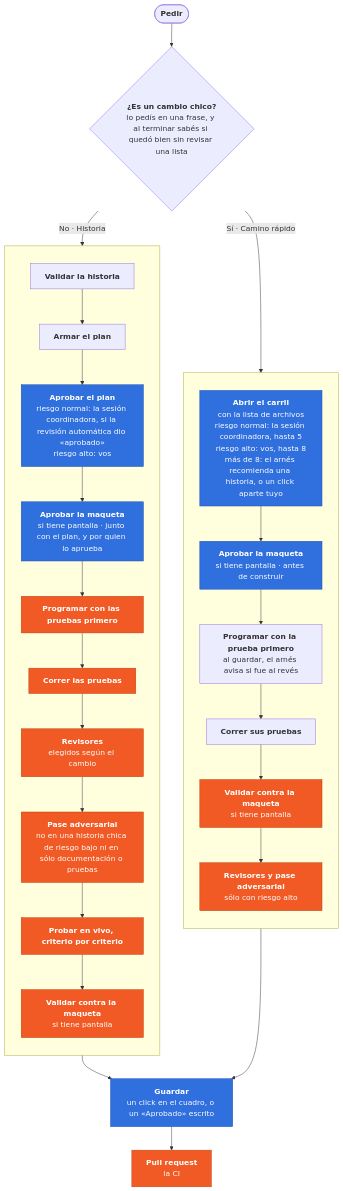
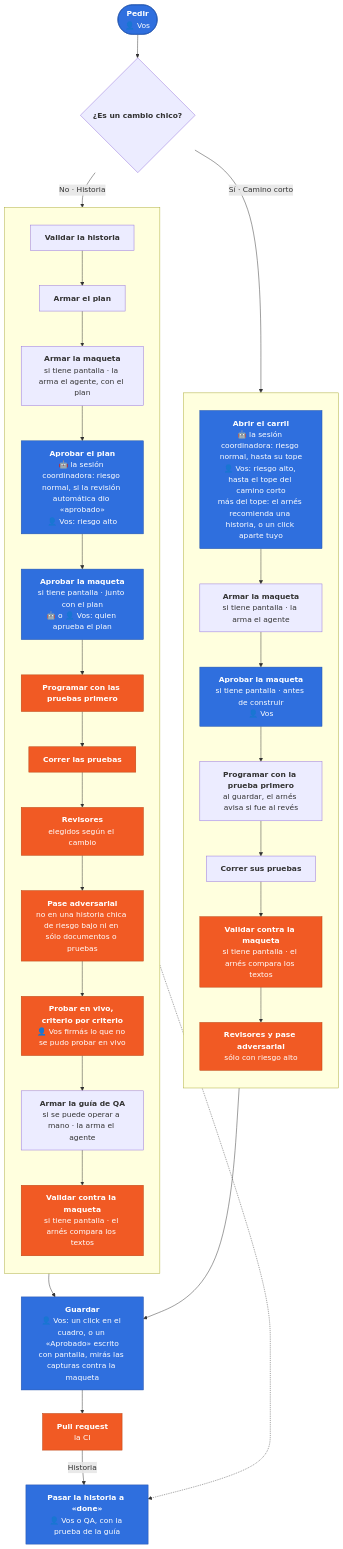
The diagram in README.es.md (TYCON-SA/tycon-harness), drawn with Mermaid before and after one commit. The commit also changed other lines of this file and 1 other file, not shown here.

First line of the commit message:
docs(portada): el diagrama dice quién hace cada paso, y el camino corto se llama así

````diff
--- a/README.es.md
+++ b/README.es.md
@@ -71,33 +67,38 @@
 ```mermaid
 flowchart TB
-  pedir(["<b>Pedir</b>"]) --> chico{"<b>¿Es un cambio chico?</b><br/>lo pedís en una frase, y al terminar sabés si quedó bien sin revisar una lista"}
-  chico -- "Sí · Camino rápido" --> r1
+  pedir(["<b>Pedir</b><br/>👤 Vos"]) --> chico{"<b>¿Es un cambio chico?</b>"}
+  chico -- "Sí · Camino corto" --> r1
   chico -- "No · Historia" --> h1
-  subgraph rapido [" "]
+  subgraph corto [" "]
     direction TB
-    r1["<b>Abrir el carril</b><br/>con la lista de archivos<br/>riesgo normal: la sesión coordinadora, hasta 5<br/>riesgo alto: vos, hasta 8<br/>más de 8: el arnés recomienda una historia, o un click aparte tuyo"] --> r1m["<b>Aprobar la maqueta</b><br/>si tiene pantalla · antes de construir"]
+    r1["<b>Abrir el carril</b><br/>🤖 la sesión coordinadora: riesgo normal, hasta su tope<br/>👤 Vos: riesgo alto, hasta el tope del camino corto<br/>más del tope: el arnés recomienda una historia, o un click aparte tuyo"] --> r0m["<b>Armar la maqueta</b><br/>si tiene pantalla · la arma el agente"]
+    r0m --> r1m["<b>Aprobar la maqueta</b><br/>si tiene pantalla · antes de construir<br/>👤 Vos"]
     r1m --> r2["<b>Programar con la prueba primero</b><br/>al guardar, el arnés avisa si fue al revés"]
     r2 --> r3["<b>Correr sus pruebas</b>"]
-    r3 --> r3c["<b>Validar contra la maqueta</b><br/>si tiene pantalla"]
+    r3 --> r3c["<b>Validar contra la maqueta</b><br/>si tiene pantalla · el arnés compara los textos"]
     r3c --> r4["<b>Revisores y pase adversarial</b><br/>sólo con riesgo alto"]
   end
   subgraph historia [" "]
     direction TB
     h1["<b>Validar la historia</b>"] --> h2["<b>Armar el plan</b>"]
-    h2 --> h3["<b>Aprobar el plan</b><br/>riesgo normal: la sesión coordinadora, si la revisión automática dio «aprobado»<br/>riesgo alto: vos"]
-    h3 --> h3m["<b>Aprobar la maqueta</b><br/>si tiene pantalla · junto con el plan, y por quien lo aprueba"]
+    h2 --> h2m["<b>Armar la maqueta</b><br/>si tiene pantalla · la arma el agente, con el plan"]
+    h2m --> h3["<b>Aprobar el plan</b><br/>🤖 la sesión coordinadora: riesgo normal, si la revisión automática dio «aprobado»<br/>👤 Vos: riesgo alto"]
+    h3 --> h3m["<b>Aprobar la maqueta</b><br/>si tiene pantalla · junto con el plan<br/>🤖 o 👤 Vos: quien aprueba el plan"]
     h3m --> h4["<b>Programar con las pruebas primero</b>"]
     h4 --> h5["<b>Correr las pruebas</b>"]
     h5 --> h6["<b>Revisores</b><br/>elegidos según el cambio"]
-    h6 --> h7["<b>Pase adversarial</b><br/>no en una historia chica de riesgo bajo ni en sólo documentación o pruebas"]
-    h7 --> h8["<b>Probar en vivo, criterio por criterio</b>"]
-    h8 --> h9["<b>Validar contra la maqueta</b><br/>si tiene pantalla"]
+    h6 --> h7["<b>Pase adversarial</b><br/>no en una historia chica de riesgo bajo ni en sólo documentos o pruebas"]
+    h7 --> h8["<b>Probar en vivo, criterio por criterio</b><br/>👤 Vos firmás lo que no se pudo probar en vivo"]
+    h8 --> hq["<b>Armar la guía de QA</b><br/>si se puede operar a mano · la arma el agente"]
+    hq --> h9["<b>Validar contra la maqueta</b><br/>si tiene pantalla · el arnés compara los textos"]
   end
-  r4 --> g1["<b>Guardar</b><br/>un click en el cuadro, o un «Aprobado» escrito"]
+  r4 --> g1["<b>Guardar</b><br/>👤 Vos: un click en el cuadro, o un «Aprobado» escrito<br/>con pantalla, mirás las capturas contra la maqueta"]
   h9 --> g1
   g1 --> g2["<b>Pull request</b><br/>la CI"]
+  g2 -- "Historia" --> g3["<b>Pasar la historia a «done»</b><br/>👤 Vos o QA, con la prueba de la guía"]
+  hq -.-> g3
   classDef decide fill:#2f6fde,stroke:#1f4fa8,color:#ffffff
   classDef control fill:#F15A24,stroke:#b8410f,color:#ffffff
-  class r1,r1m,h3,h3m,g1 decide
+  class pedir,r1,r1m,h3,h3m,g1,g3 decide
   class r3c,r4,h4,h5,h6,h7,h8,h9,g2 control
 ```
````
